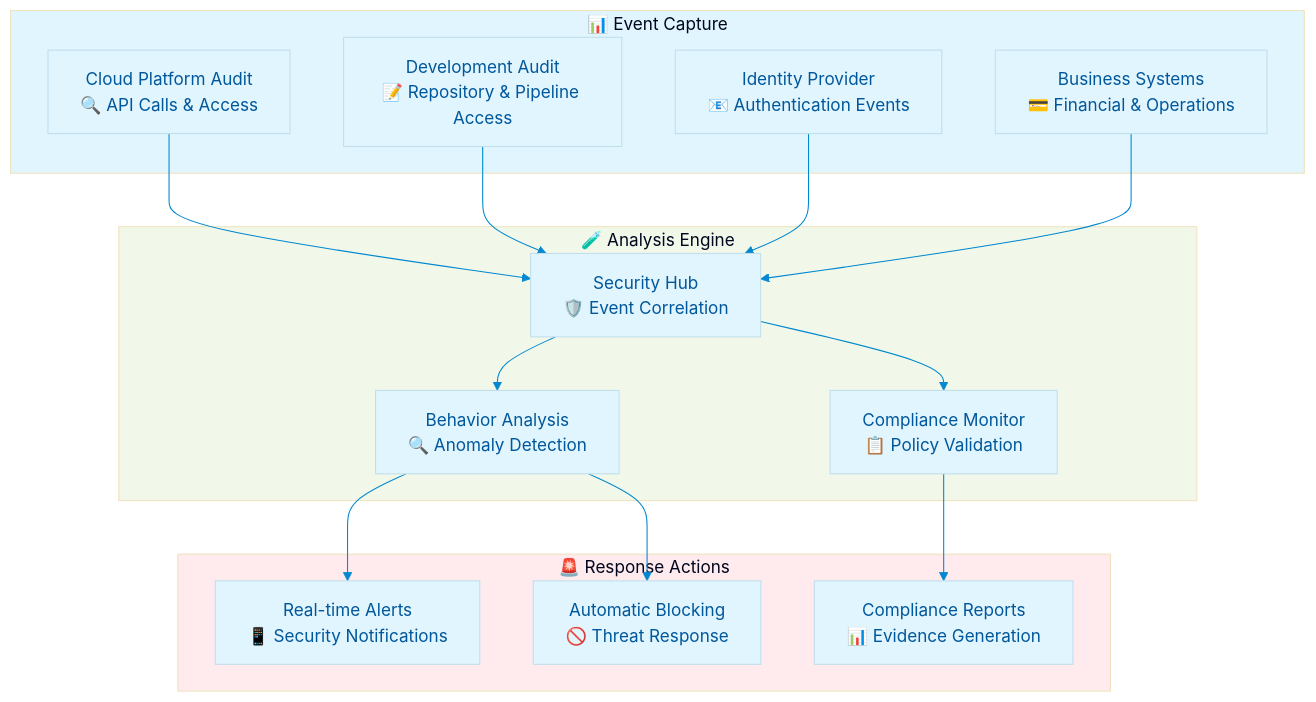
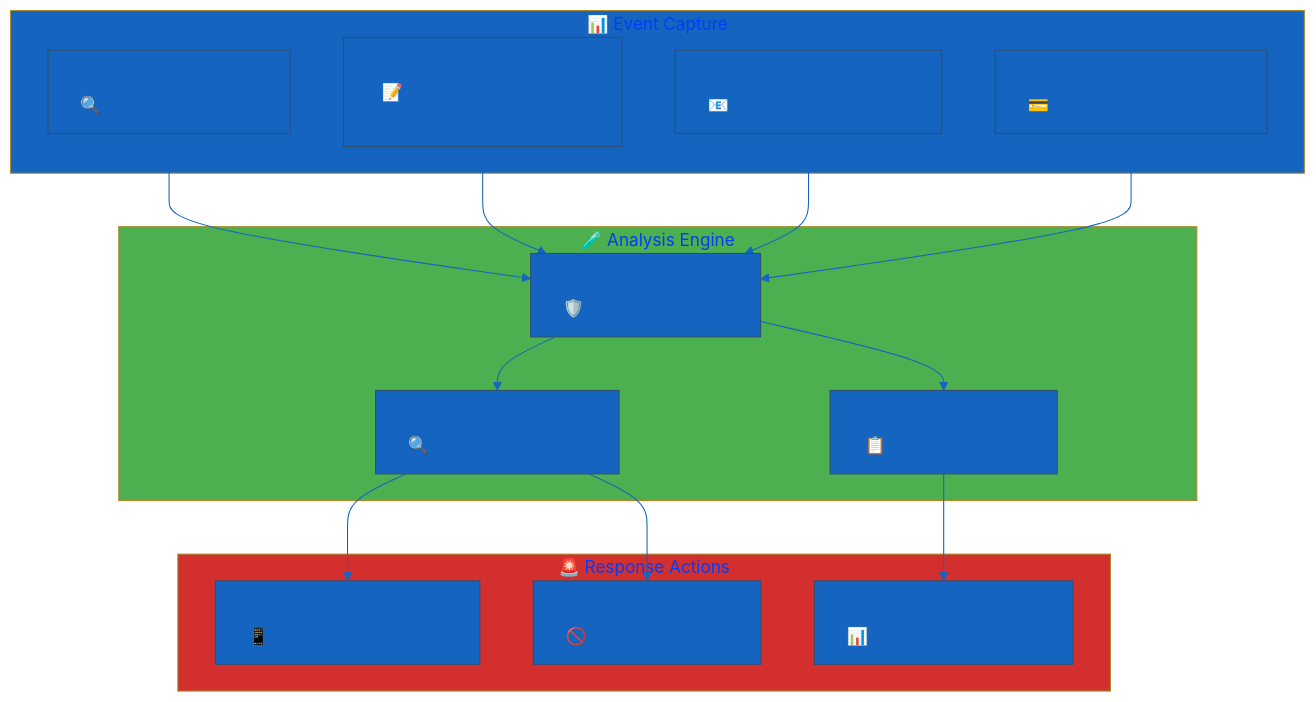
Before and after one commit to Hack23/ISMS-PUBLIC: the fourth of 4 diagrams in Access_Control_Policy.md, drawn with Mermaid. The commit also changed other lines of this file, not shown here.

````diff
--- a/Access_Control_Policy.md
+++ b/Access_Control_Policy.md
@@ -237,49 +251,49 @@
 ```mermaid
 %%{
   init: {
     'theme': 'base',
     'themeVariables': {
-      'primaryColor': '#e1f5fe',
-      'primaryTextColor': '#01579b',
-      'lineColor': '#0288d1',
-      'secondaryColor': '#f1f8e9',
-      'tertiaryColor': '#fff8e1'
+      'primaryColor': '#1565C0',
+      'primaryTextColor': '#1565C0',
+      'lineColor': '#1565C0',
+      'secondaryColor': '#4CAF50',
+      'tertiaryColor': '#FFC107'
     }
   }
 }%%
 graph TD
     subgraph Capture["📊 Event Capture"]
         CLOUD_AUDIT[Cloud Platform Audit<br/>🔍 API Calls & Access]
         DEV_AUDIT[Development Audit<br/>📝 Repository & Pipeline Access]
         IDENTITY_LOG[Identity Provider<br/>📧 Authentication Events]
         BUSINESS_LOG[Business Systems<br/>💳 Financial & Operations]
     end
     
     subgraph Analysis["🧪 Analysis Engine"]
         SIEM[Security Hub<br/>🛡️ Event Correlation]
         DETECT[Behavior Analysis<br/>🔍 Anomaly Detection]
         COMPLIANCE[Compliance Monitor<br/>📋 Policy Validation]
     end
     
     subgraph Response["🚨 Response Actions"]
         ALERT[Real-time Alerts<br/>📱 Security Notifications]
         BLOCK[Automatic Blocking<br/>🚫 Threat Response]
         REPORT[Compliance Reports<br/>📊 Evidence Generation]
     end
     
     CLOUD_AUDIT --> SIEM
     DEV_AUDIT --> SIEM
     IDENTITY_LOG --> SIEM
     BUSINESS_LOG --> SIEM
     
     SIEM --> DETECT
     SIEM --> COMPLIANCE
     
     DETECT --> ALERT
     DETECT --> BLOCK
     COMPLIANCE --> REPORT
     
-    style Capture fill:#e1f5fe
-    style Analysis fill:#f1f8e9
-    style Response fill:#ffebee
+    style Capture fill:#1565C0
+    style Analysis fill:#4CAF50
+    style Response fill:#D32F2F
 ```
````
